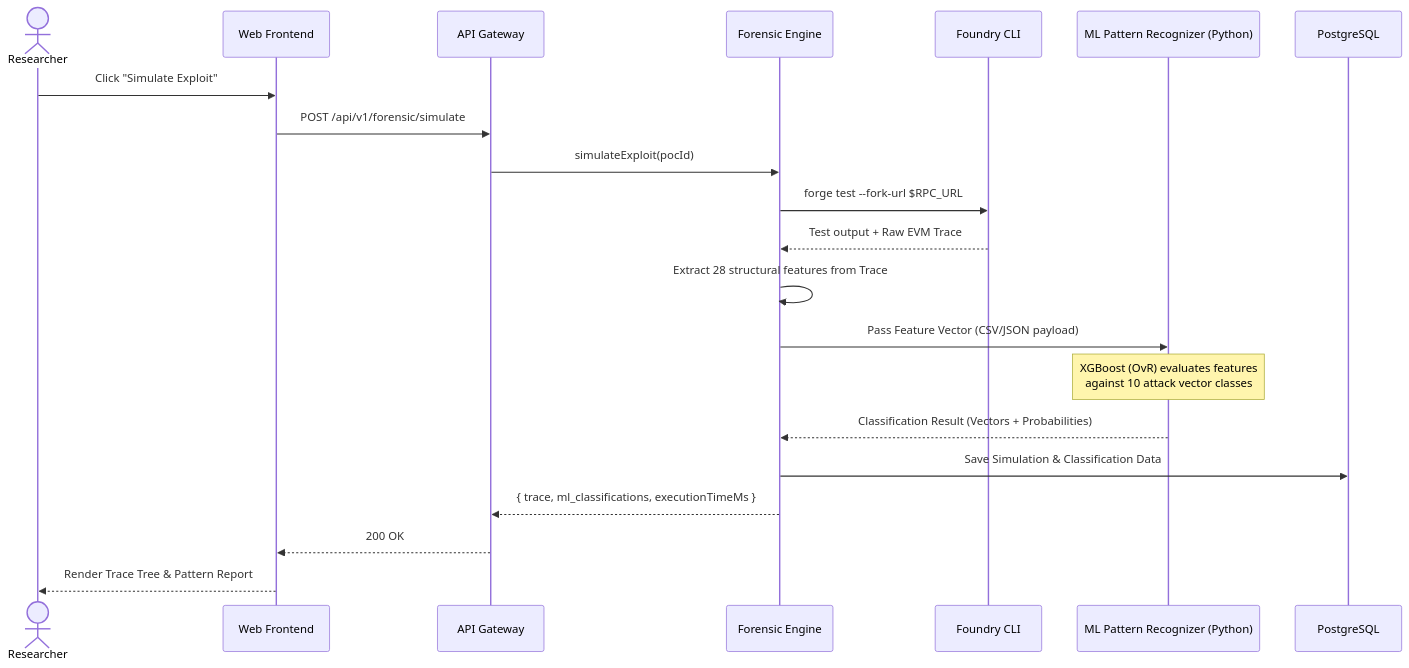
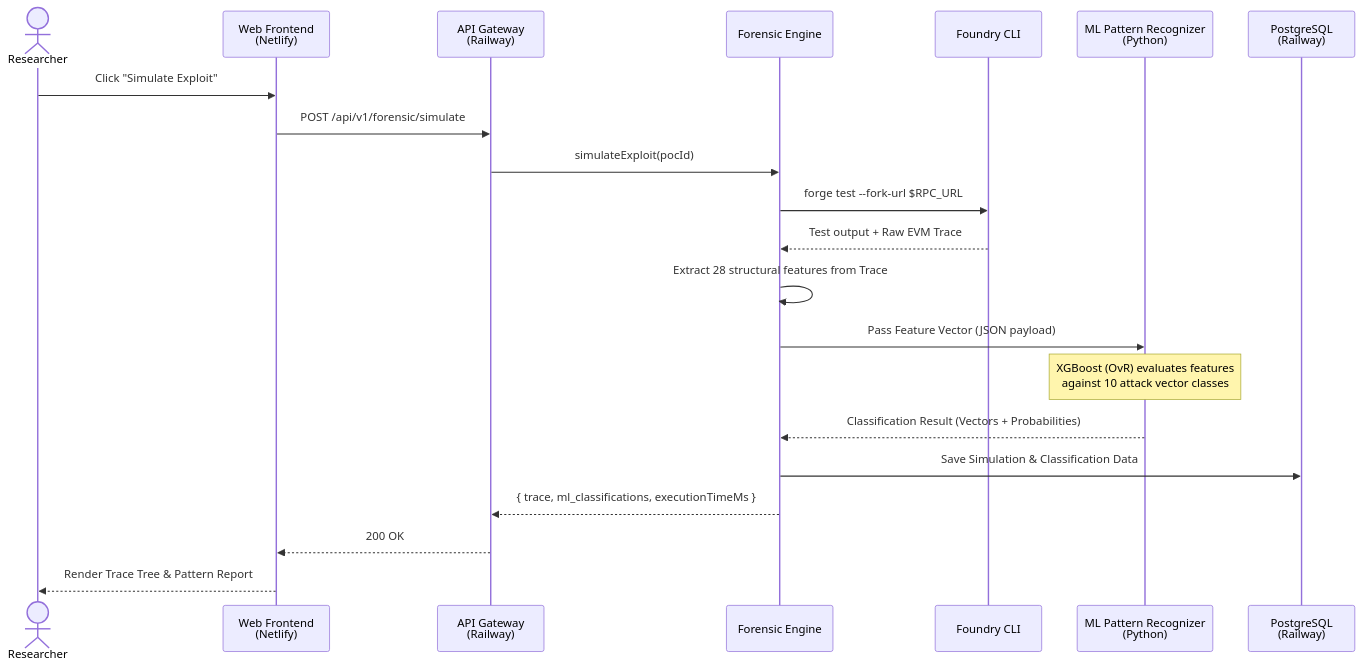
The third of 3 diagrams in SYSTEM_ARCHITECTURE_THESIS.md (Artificial-Ledger-Technology/ALT-Flex), drawn with Mermaid before and after one commit. The commit also changed other lines of this file, not shown here.

Commit message:
docs: update SYSTEM_ARCHITECTURE_THESIS.md with deployment details

````diff
--- a/SYSTEM_ARCHITECTURE_THESIS.md
+++ b/SYSTEM_ARCHITECTURE_THESIS.md
@@ -133,29 +202,29 @@
 ```mermaid
 sequenceDiagram
     actor User as Researcher
-    participant Web as Web Frontend
-    participant GW as API Gateway
+    participant Web as Web Frontend<br/>(Netlify)
+    participant GW as API Gateway<br/>(Railway)
     participant FE as Forensic Engine
     participant Foundry as Foundry CLI
-    participant ML as ML Pattern Recognizer (Python)
-    participant DB as PostgreSQL
+    participant ML as ML Pattern Recognizer<br/>(Python)
+    participant DB as PostgreSQL<br/>(Railway)
 
     User->>Web: Click "Simulate Exploit"
     Web->>GW: POST /api/v1/forensic/simulate
     GW->>FE: simulateExploit(pocId)
 
     FE->>Foundry: forge test --fork-url $RPC_URL
     Foundry-->>FE: Test output + Raw EVM Trace
 
     FE->>FE: Extract 28 structural features from Trace
-    FE->>ML: Pass Feature Vector (CSV/JSON payload)
+    FE->>ML: Pass Feature Vector (JSON payload)
 
     Note over ML: XGBoost (OvR) evaluates features<br/>against 10 attack vector classes
 
     ML-->>FE: Classification Result (Vectors + Probabilities)
     FE->>DB: Save Simulation & Classification Data
 
     FE-->>GW: { trace, ml_classifications, executionTimeMs }
     GW-->>Web: 200 OK
     Web-->>User: Render Trace Tree & Pattern Report
 ```
````
